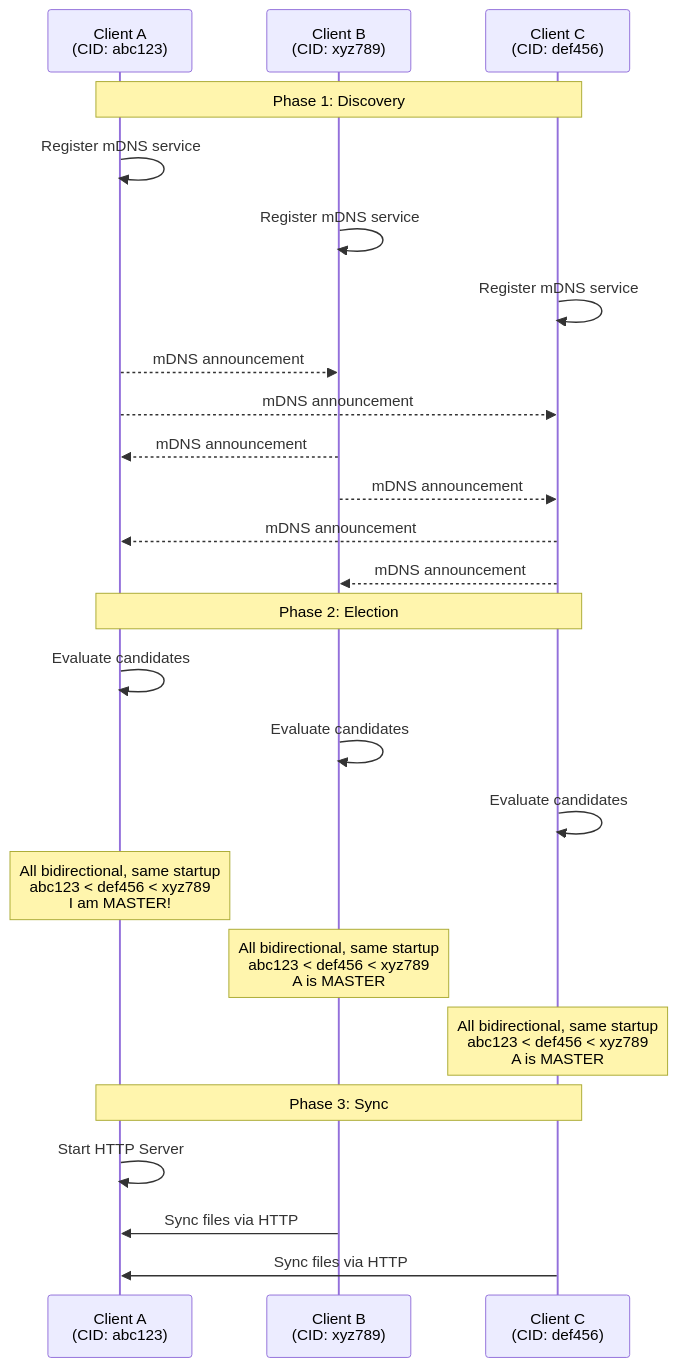
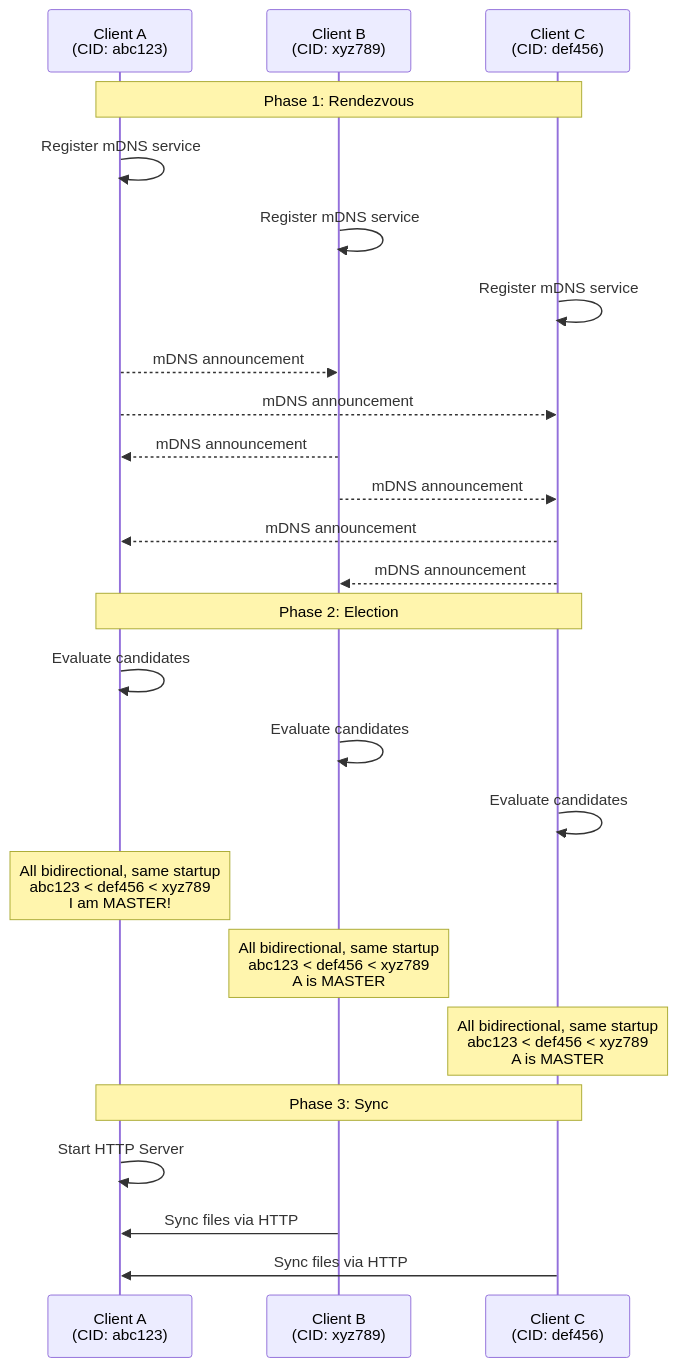
Before and after one commit to albertsdk/hsync-client: the second of 7 diagrams in docs/internal/p2p-internals.md, drawn with Mermaid. The commit also changed other lines of this file and 128 other files, not shown here.

First line of the commit message:
refactor(p2p): rename the rendezvous discovery modules and server flags

````diff
--- a/docs/internal/p2p-internals.md
+++ b/docs/internal/p2p-internals.md
@@ -57,32 +57,32 @@
 ```mermaid
 sequenceDiagram
     participant A as Client A<br/>(CID: abc123)
     participant B as Client B<br/>(CID: xyz789)
     participant C as Client C<br/>(CID: def456)
 
-    Note over A,C: Phase 1: Discovery
+    Note over A,C: Phase 1: Rendezvous
     A->>A: Register mDNS service
     B->>B: Register mDNS service
     C->>C: Register mDNS service
 
     A-->>B: mDNS announcement
     A-->>C: mDNS announcement
     B-->>A: mDNS announcement
     B-->>C: mDNS announcement
     C-->>A: mDNS announcement
     C-->>B: mDNS announcement
 
     Note over A,C: Phase 2: Election
     A->>A: Evaluate candidates
     B->>B: Evaluate candidates
     C->>C: Evaluate candidates
 
     Note over A: All bidirectional, same startup<br/>abc123 < def456 < xyz789<br/>I am MASTER!
     Note over B: All bidirectional, same startup<br/>abc123 < def456 < xyz789<br/>A is MASTER
     Note over C: All bidirectional, same startup<br/>abc123 < def456 < xyz789<br/>A is MASTER
 
     Note over A,C: Phase 3: Sync
     A->>A: Start HTTP Server
     B->>A: Sync files via HTTP
     C->>A: Sync files via HTTP
 ```
````
